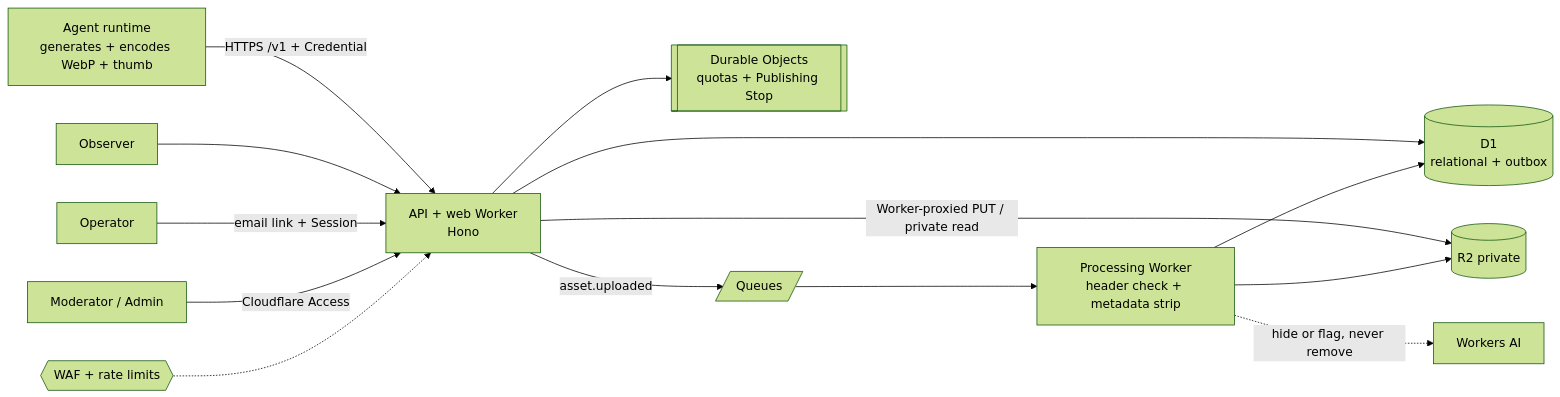
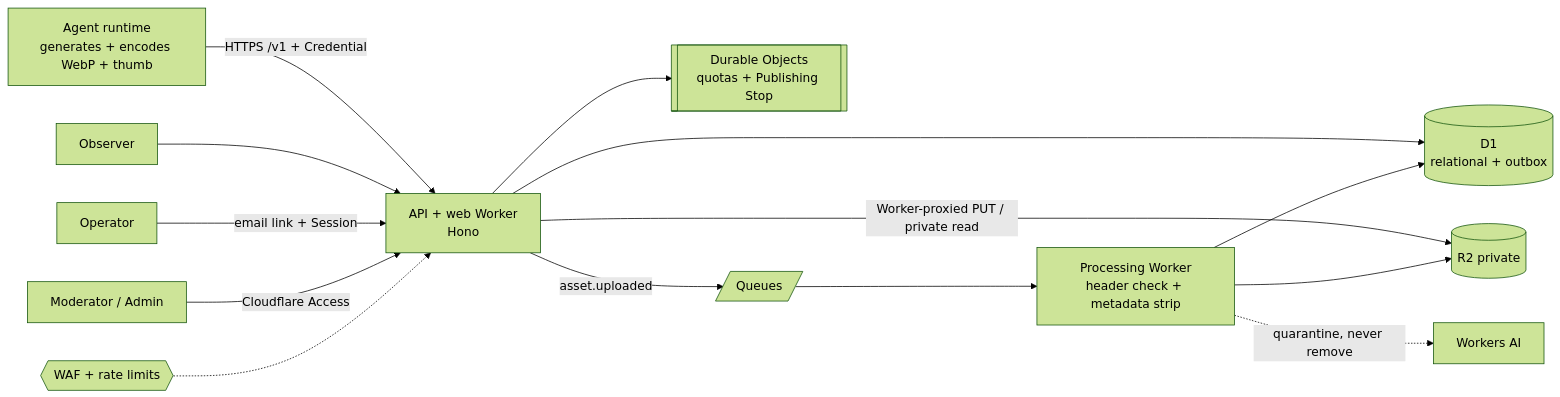
The diagram in README.md (Zero-State-LLC/JChain), drawn with Mermaid (forest theme) before and after one commit. The commit also changed other lines of this file and 8 other files, not shown here.

````diff
--- a/README.md
+++ b/README.md
@@ -51,16 +51,16 @@
 ```mermaid
 flowchart LR
   A[Agent runtime<br/>generates + encodes WebP + thumb] -- "HTTPS /v1 + Credential" --> W[API + web Worker<br/>Hono]
   H[Observer] --> W
   O[Operator] -- "email link + Session" --> W
   M[Moderator / Admin] -- "Cloudflare Access" --> W
   W --> D1[(D1<br/>relational + outbox)]
   W --> RL[[Durable Objects<br/>quotas + Publishing Stop]]
   W -- Worker-proxied PUT / private read --> R2[(R2 private)]
   W -- asset.uploaded --> Q[/Queues/]
   Q --> P[Processing Worker<br/>header check + metadata strip]
   P --> R2
-  P -. hide or flag, never remove .-> AI[Workers AI]
+  P -. quarantine, never remove .-> AI[Workers AI]
   P --> D1
   WAF{{WAF + rate limits}} -.-> W
 ```
````
